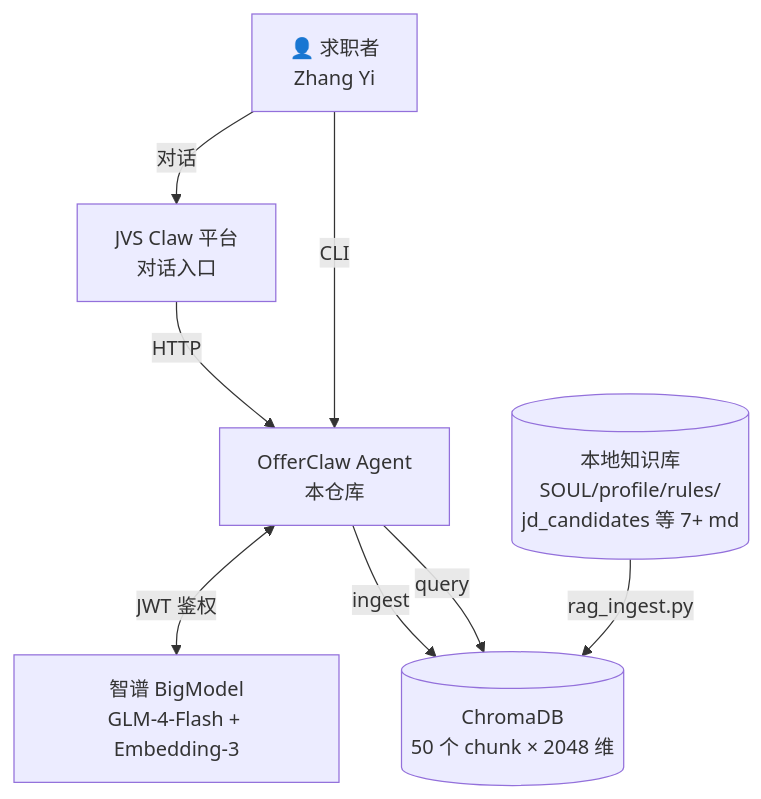
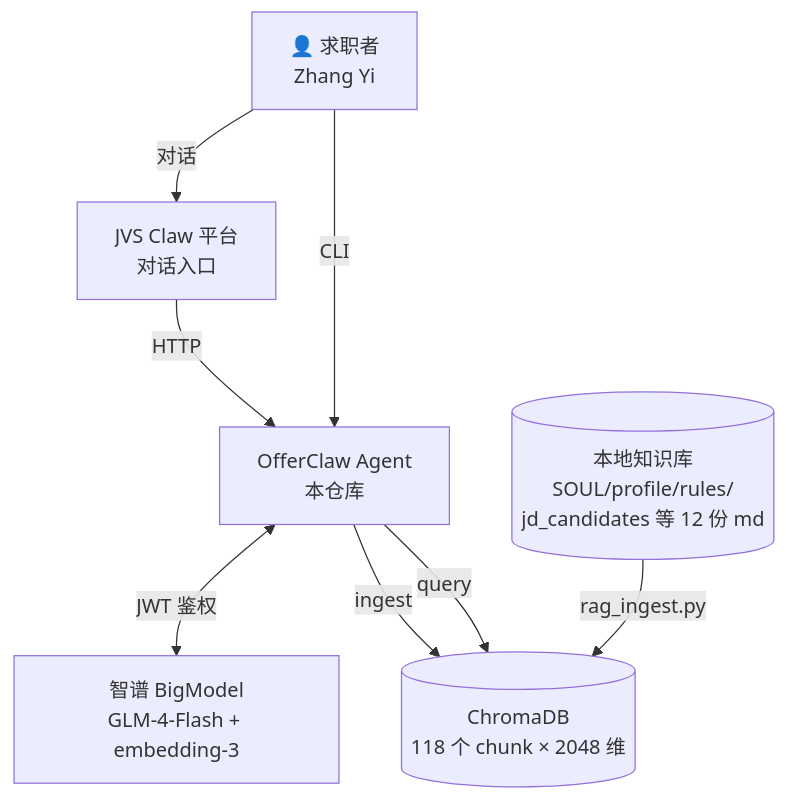
One commit to zhangyi-nb1/offerclaw changed the first of 4 diagrams in docs/architecture.md. Above: the diagram before and after it, drawn with Mermaid. The commit also changed other lines of this file and 12 other files, not shown here.

````diff
--- a/docs/architecture.md
+++ b/docs/architecture.md
@@ -8,17 +8,17 @@
 ```mermaid
 graph TB
     User[👤 求职者<br/>Zhang Yi]
     JVS[JVS Claw 平台<br/>对话入口]
     OC[OfferClaw Agent<br/>本仓库]
-    Zhipu[智谱 BigModel<br/>GLM-4-Flash + Embedding-3]
-    Files[(本地知识库<br/>SOUL/profile/rules/<br/>jd_candidates 等 7+ md)]
-    Chroma[(ChromaDB<br/>50 个 chunk × 2048 维)]
+    Zhipu[智谱 BigModel<br/>GLM-4-Flash + embedding-3]
+    Files[(本地知识库<br/>SOUL/profile/rules/<br/>jd_candidates 等 12 份 md)]
+    Chroma[(ChromaDB<br/>118 个 chunk × 2048 维)]
 
     User --对话--> JVS
     JVS --HTTP--> OC
     User --CLI--> OC
     OC <--JWT 鉴权--> Zhipu
     OC --ingest--> Chroma
     OC --query--> Chroma
     Files --rag_ingest.py--> Chroma
 ```
````
